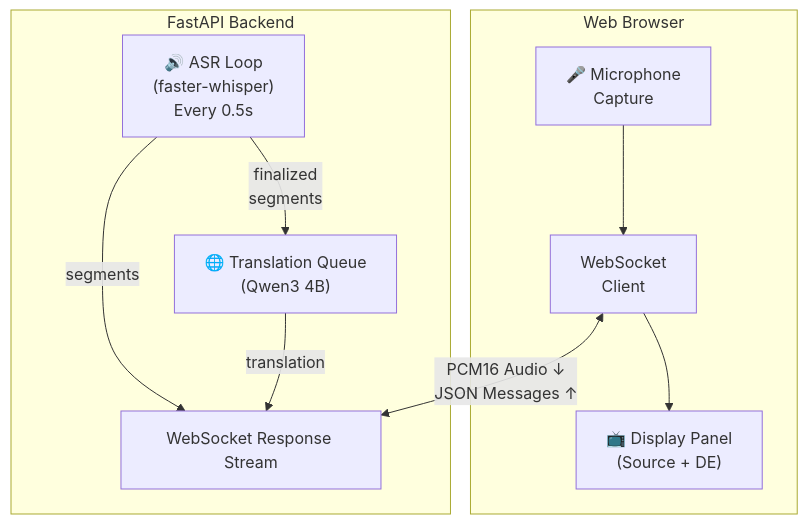
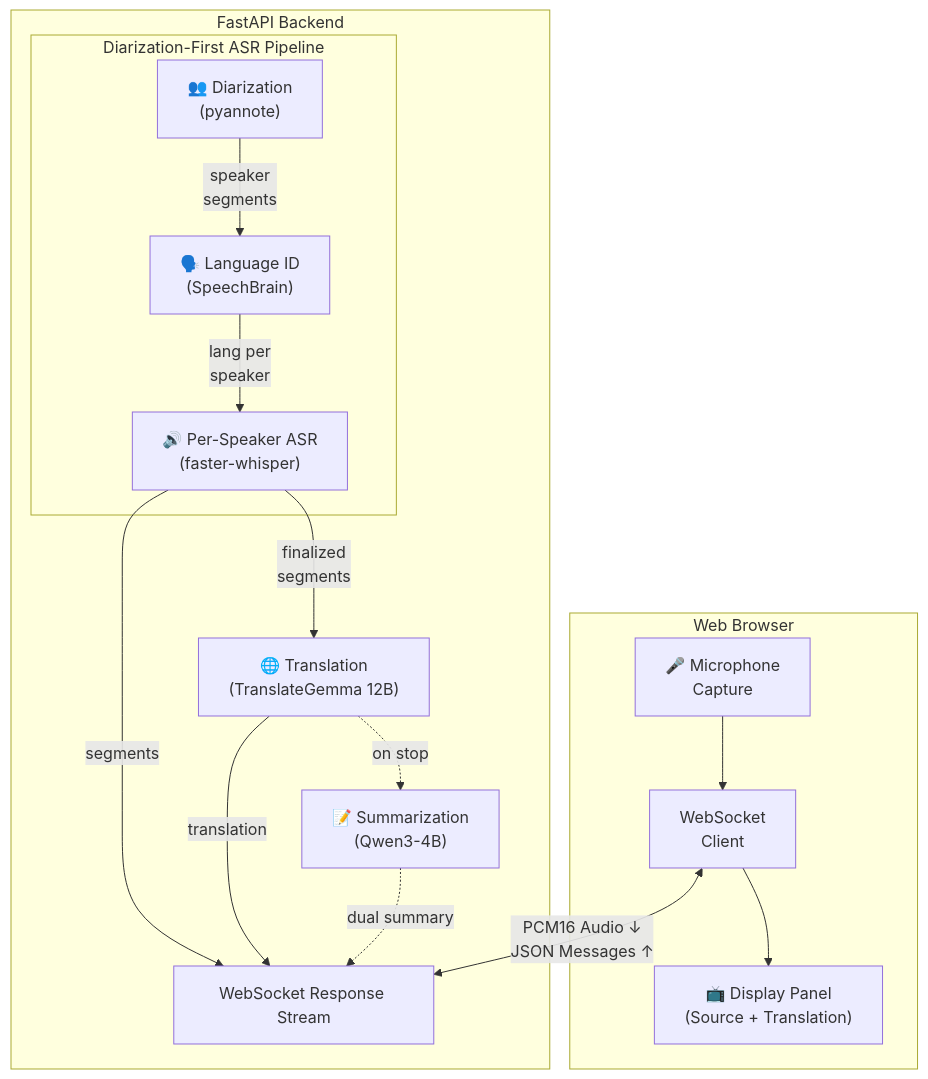
One commit to johannhartmann/linguagap changed the diagram in README.md. Above: the diagram before and after it, drawn with Mermaid. The commit also changed other lines of this file and 6 other files, not shown here.

````diff
--- a/README.md
+++ b/README.md
@@ -50,22 +55,31 @@
 ```mermaid
 flowchart TB
     subgraph Browser["Web Browser"]
         Mic["🎤 Microphone<br/>Capture"]
         WS_Client["WebSocket<br/>Client"]
-        Display["📺 Display Panel<br/>(Source + DE)"]
+        Display["📺 Display Panel<br/>(Source + Translation)"]
         Mic --> WS_Client
         WS_Client --> Display
     end
 
     subgraph Backend["FastAPI Backend"]
-        ASR["🔊 ASR Loop<br/>(faster-whisper)<br/>Every 0.5s"]
-        MT_Queue["🌐 Translation Queue<br/>(Qwen3 4B)"]
+        subgraph Pipeline["Diarization-First ASR Pipeline"]
+            Diar["👥 Diarization<br/>(pyannote)"]
+            LangID["🗣️ Language ID<br/>(SpeechBrain)"]
+            ASR["🔊 Per-Speaker ASR<br/>(faster-whisper)"]
+            Diar -->|"speaker<br/>segments"| LangID
+            LangID -->|"lang per<br/>speaker"| ASR
+        end
+        MT_Queue["🌐 Translation<br/>(TranslateGemma 12B)"]
+        Summ["📝 Summarization<br/>(Qwen3-4B)"]
         WS_Response["WebSocket Response Stream"]
 
         ASR -->|"finalized<br/>segments"| MT_Queue
         ASR -->|"segments"| WS_Response
         MT_Queue -->|"translation"| WS_Response
+        MT_Queue -.->|"on stop"| Summ
+        Summ -.->|"dual summary"| WS_Response
     end
 
     WS_Client <-->|"PCM16 Audio ↓<br/>JSON Messages ↑"| WS_Response
 ```
````
